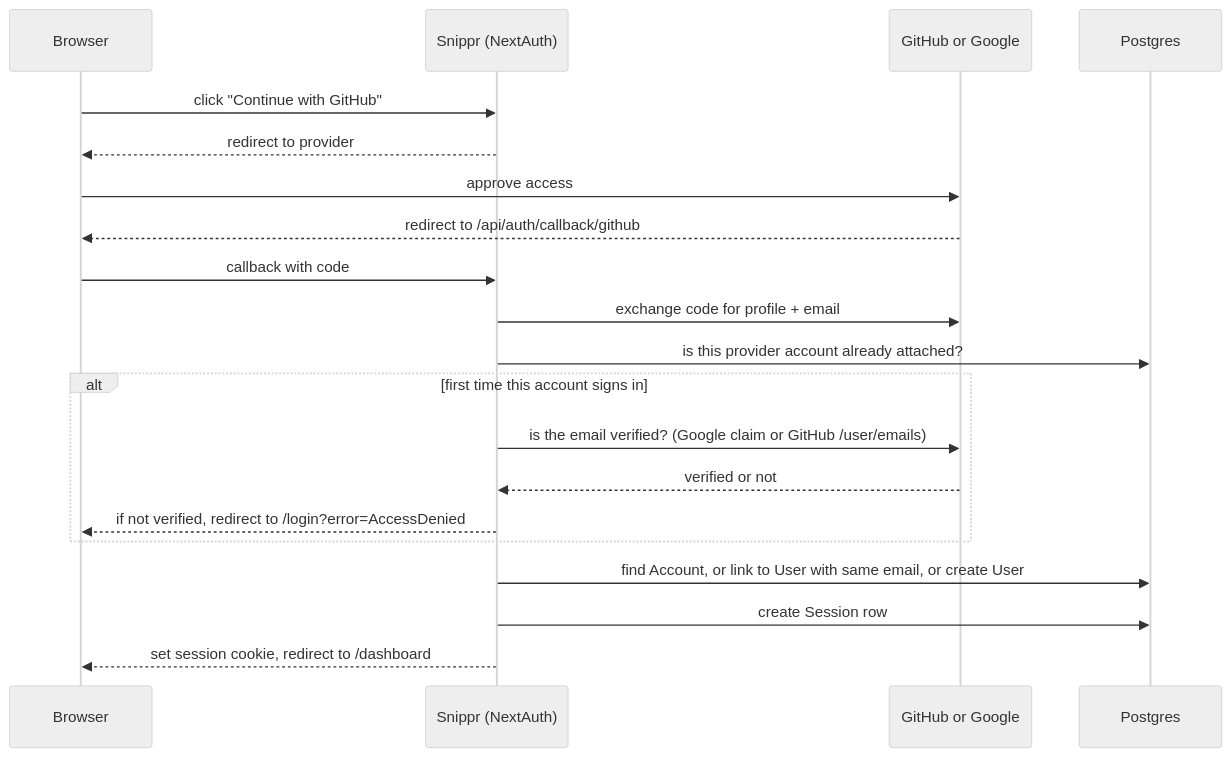
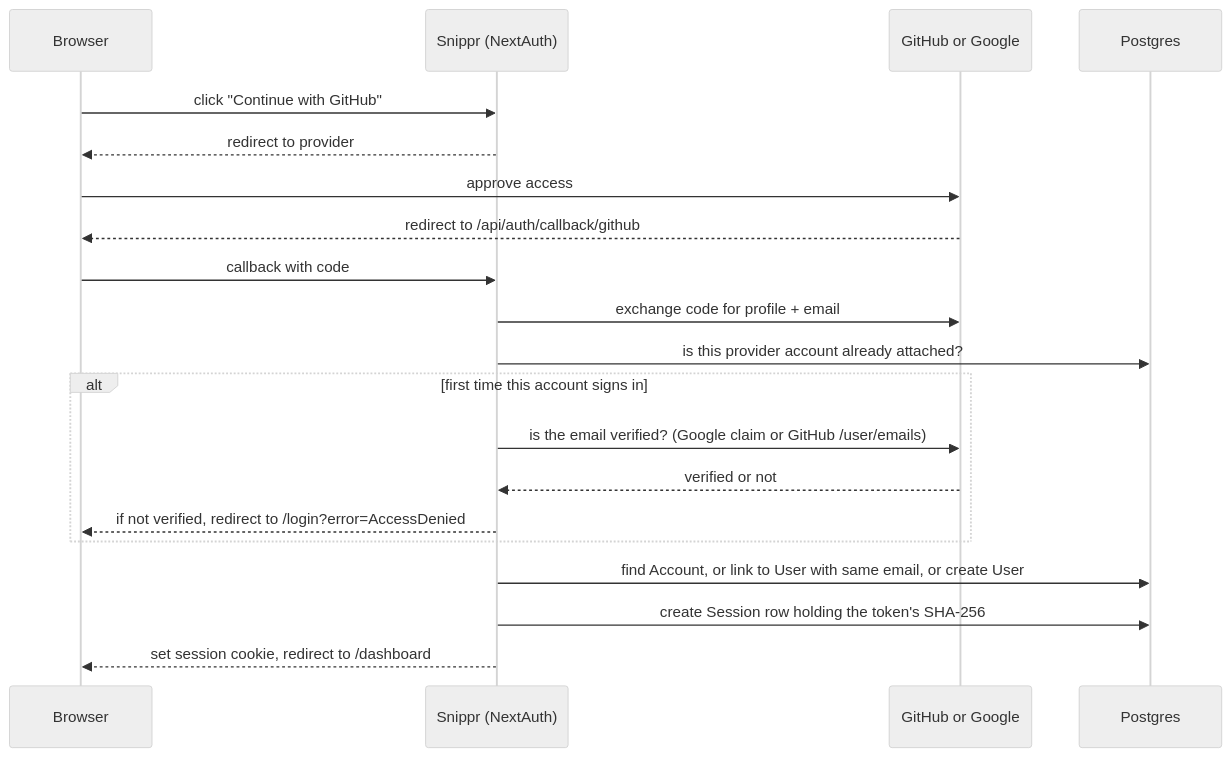
One commit to RyanDanielWalker/snippr changed the fourth of 4 diagrams in docs/ARCHITECTURE.md. Above: the diagram before and after it, drawn with Mermaid (neutral theme). The commit also changed other lines of this file and 3 other files, not shown here.

First line of the commit message:
docs: record session token hashing in ADR 0061

````diff
--- a/docs/ARCHITECTURE.md
+++ b/docs/ARCHITECTURE.md
@@ -214,23 +215,23 @@
 ```mermaid
 sequenceDiagram
     participant B as Browser
     participant S as Snippr (NextAuth)
     participant P as GitHub or Google
     participant DB as Postgres
 
     B->>S: click "Continue with GitHub"
     S-->>B: redirect to provider
     B->>P: approve access
     P-->>B: redirect to /api/auth/callback/github
     B->>S: callback with code
     S->>P: exchange code for profile + email
     S->>DB: is this provider account already attached?
     alt first time this account signs in
         S->>P: is the email verified? (Google claim or GitHub /user/emails)
         P-->>S: verified or not
         S-->>B: if not verified, redirect to /login?error=AccessDenied
     end
     S->>DB: find Account, or link to User with same email, or create User
-    S->>DB: create Session row
+    S->>DB: create Session row holding the token's SHA-256
     S-->>B: set session cookie, redirect to /dashboard
 ```
````
